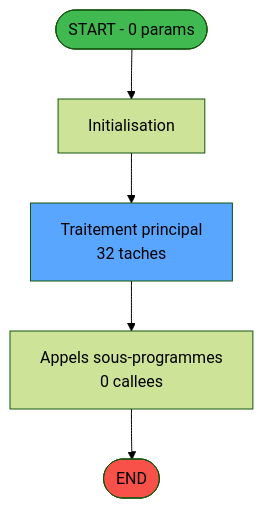
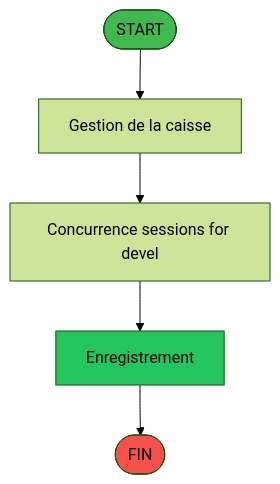
One commit to thonyAGP/magic-migration changed the first of 3 diagrams in .openspec/specs/ADH-IDE-121.md. Above: the diagram before and after it, drawn with Mermaid (forest theme). The commit also changed other lines of this file and 26 other files, not shown here.

````diff
--- a/.openspec/specs/ADH-IDE-121.md
+++ b/.openspec/specs/ADH-IDE-121.md
@@ -96,14 +134,14 @@
 ```mermaid
 flowchart TD
-    START([START - 0 params])
-    INIT["Initialisation"]
-    PROCESS["Traitement principal<br/>32 taches"]
-    CALLS["Appels sous-programmes<br/>0 callees"]
-    ENDOK([END])
-
-    START --> INIT --> PROCESS --> CALLS --> ENDOK
-
+    START([START])
     style START fill:#3fb950
+    F1[Gestion de la caisse]
+    START --> F1
+    F2[Concurrence sessions for devel]
+    F1 --> F2
+    F2 --> SAVE[Enregistrement]
+    style SAVE fill:#22c55e
+    SAVE --> ENDOK
+    ENDOK([FIN])
     style ENDOK fill:#f85149
-    style PROCESS fill:#58a6ff
 ```
````
